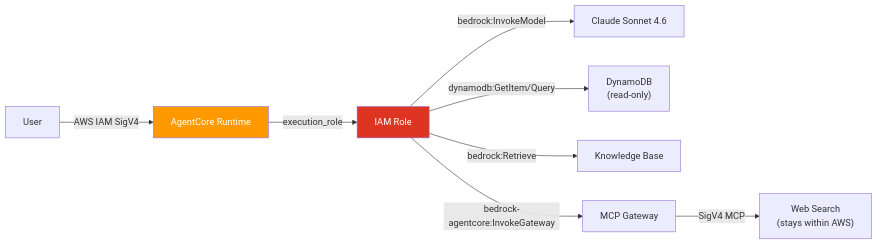
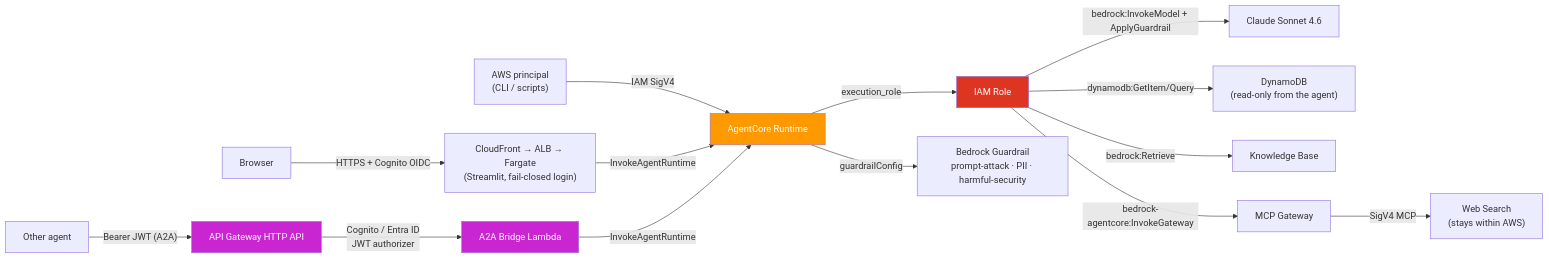
The second of 2 diagrams in docs/architecture-guidelines.md (mgbec/SCF-Agent-with-A2A), drawn with Mermaid before and after one commit. The commit also changed other lines of this file and 4 other files, not shown here.

First line of the commit message:
docs: bring README + architecture docs in line with A2A, hosted frontend, guardrail

````diff
--- a/docs/architecture-guidelines.md
+++ b/docs/architecture-guidelines.md
@@ -233,14 +254,20 @@
 ```mermaid
 graph LR
-    User["User"] -->|"AWS IAM SigV4"| Runtime["AgentCore Runtime"]
+    IAM["AWS principal<br/>(CLI / scripts)"] -->|"IAM SigV4"| Runtime["AgentCore Runtime"]
+    UI["Browser"] -->|"HTTPS + Cognito OIDC"| CF["CloudFront → ALB → Fargate<br/>(Streamlit, fail-closed login)"] -->|"InvokeAgentRuntime"| Runtime
+    Agent["Other agent"] -->|"Bearer JWT (A2A)"| APIGW["API Gateway HTTP API"]
+    APIGW -->|"Cognito / Entra ID<br/>JWT authorizer"| Bridge["A2A Bridge Lambda"] -->|"InvokeAgentRuntime"| Runtime
+
     Runtime -->|"execution_role"| Role["IAM Role"]
-    
-    Role -->|"bedrock:InvokeModel"| Model["Claude Sonnet 4.6"]
-    Role -->|"dynamodb:GetItem/Query"| DDB["DynamoDB<br/>(read-only)"]
+    Runtime -->|"guardrailConfig"| GR["Bedrock Guardrail<br/>prompt-attack · PII · harmful-security"]
+    Role -->|"bedrock:InvokeModel + ApplyGuardrail"| Model["Claude Sonnet 4.6"]
+    Role -->|"dynamodb:GetItem/Query"| DDB["DynamoDB<br/>(read-only from the agent)"]
     Role -->|"bedrock:Retrieve"| KB["Knowledge Base"]
     Role -->|"bedrock-agentcore:InvokeGateway"| GW["MCP Gateway"]
     GW -->|"SigV4 MCP"| WS["Web Search<br/>(stays within AWS)"]
 
     style Runtime fill:#ff9900,color:#fff
     style Role fill:#dd3522,color:#fff
+    style APIGW fill:#c925d1,color:#fff
+    style Bridge fill:#c925d1,color:#fff
 ```
````
